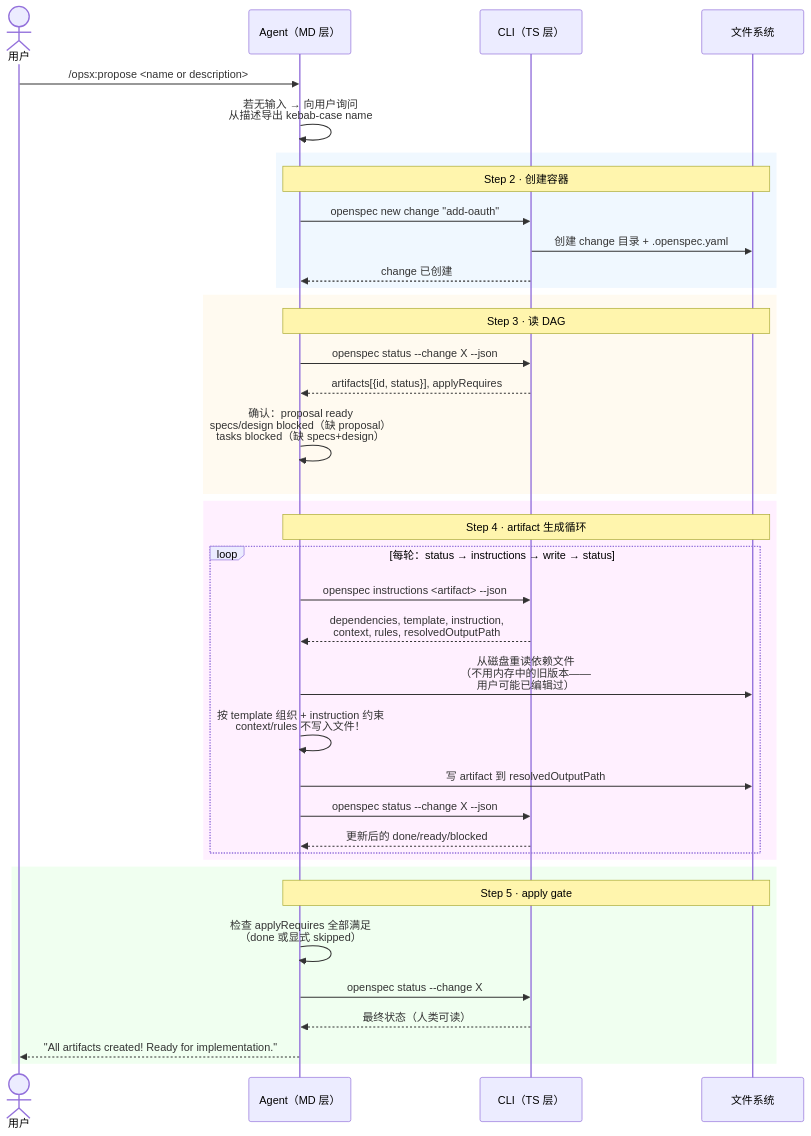
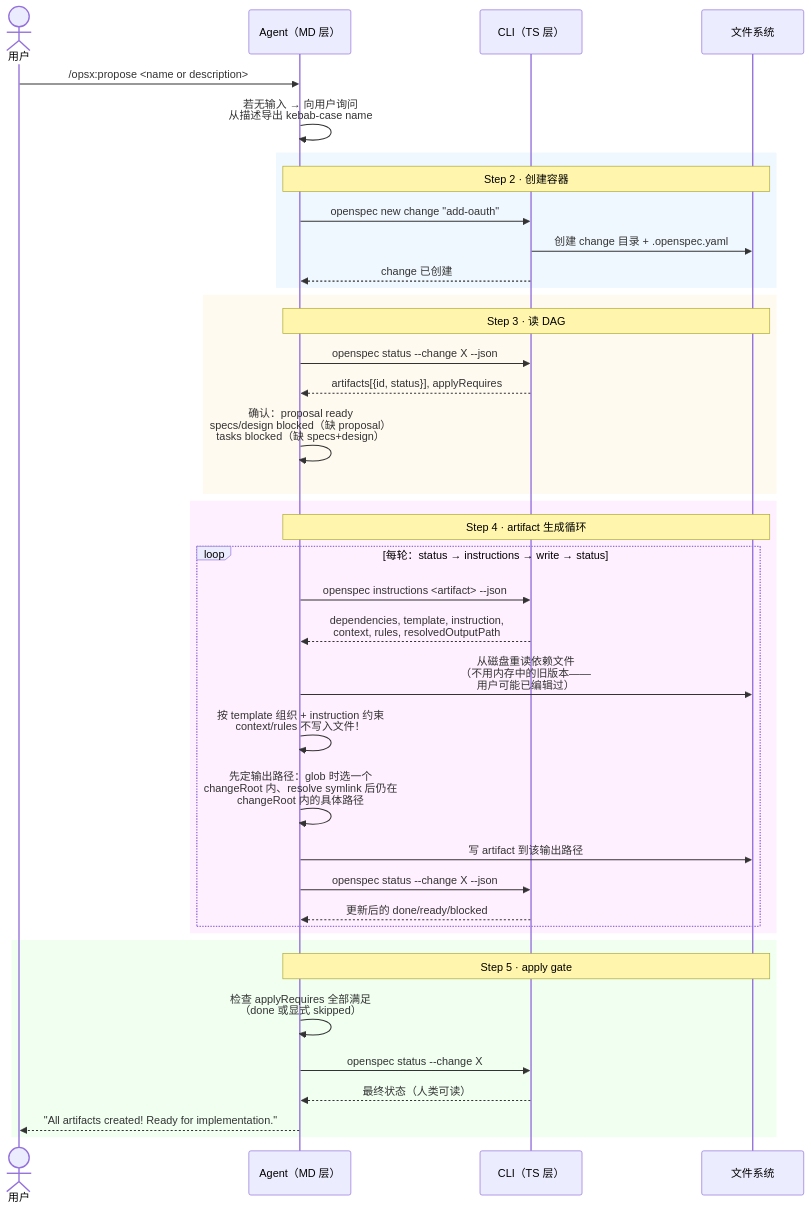
One commit to ethan-jiang-3/OpenSpec changed the diagram in _digested/workflows/02-propose.md. Above: the diagram before and after it, drawn with Mermaid. The commit also changed other lines of this file and 35 other files, not shown here.

````diff
--- a/_digested/workflows/02-propose.md
+++ b/_digested/workflows/02-propose.md
@@ -40,45 +40,46 @@
 ```mermaid
 sequenceDiagram
     actor User as 用户
     participant MD as Agent（MD 层）
     participant TS as CLI（TS 层）
     participant FS as 文件系统
 
     User->>MD: /opsx:propose <name or description>
     MD->>MD: 若无输入 → 向用户询问<br/>从描述导出 kebab-case name
 
     rect rgb(240, 248, 255)
         Note over MD,FS: Step 2 · 创建容器
         MD->>TS: openspec new change "add-oauth"
         TS->>FS: 创建 change 目录 + .openspec.yaml
         TS-->>MD: change 已创建
     end
 
     rect rgb(255, 250, 240)
         Note over MD,FS: Step 3 · 读 DAG
         MD->>TS: openspec status --change X --json
         TS-->>MD: artifacts[{id, status}], applyRequires
         MD->>MD: 确认：proposal ready<br/>specs/design blocked（缺 proposal）<br/>tasks blocked（缺 specs+design）
     end
 
     rect rgb(255, 240, 255)
         Note over MD,FS: Step 4 · artifact 生成循环
         loop 每轮：status → instructions → write → status
             MD->>TS: openspec instructions <artifact> --json
             TS-->>MD: dependencies, template, instruction,<br/>context, rules, resolvedOutputPath
             MD->>FS: 从磁盘重读依赖文件<br/>（不用内存中的旧版本——<br/>用户可能已编辑过）
             MD->>MD: 按 template 组织 + instruction 约束<br/>context/rules 不写入文件！
-            MD->>FS: 写 artifact 到 resolvedOutputPath
+            MD->>MD: 先定输出路径：glob 时选一个<br/>changeRoot 内、resolve symlink 后仍在<br/>changeRoot 内的具体路径
+            MD->>FS: 写 artifact 到该输出路径
             MD->>TS: openspec status --change X --json
             TS-->>MD: 更新后的 done/ready/blocked
         end
     end
 
     rect rgb(240, 255, 240)
         Note over MD,FS: Step 5 · apply gate
         MD->>MD: 检查 applyRequires 全部满足<br/>（done 或显式 skipped）
         MD->>TS: openspec status --change X
         TS-->>MD: 最终状态（人类可读）
         MD-->>User: "All artifacts created! Ready for implementation."
     end
 ```
````
